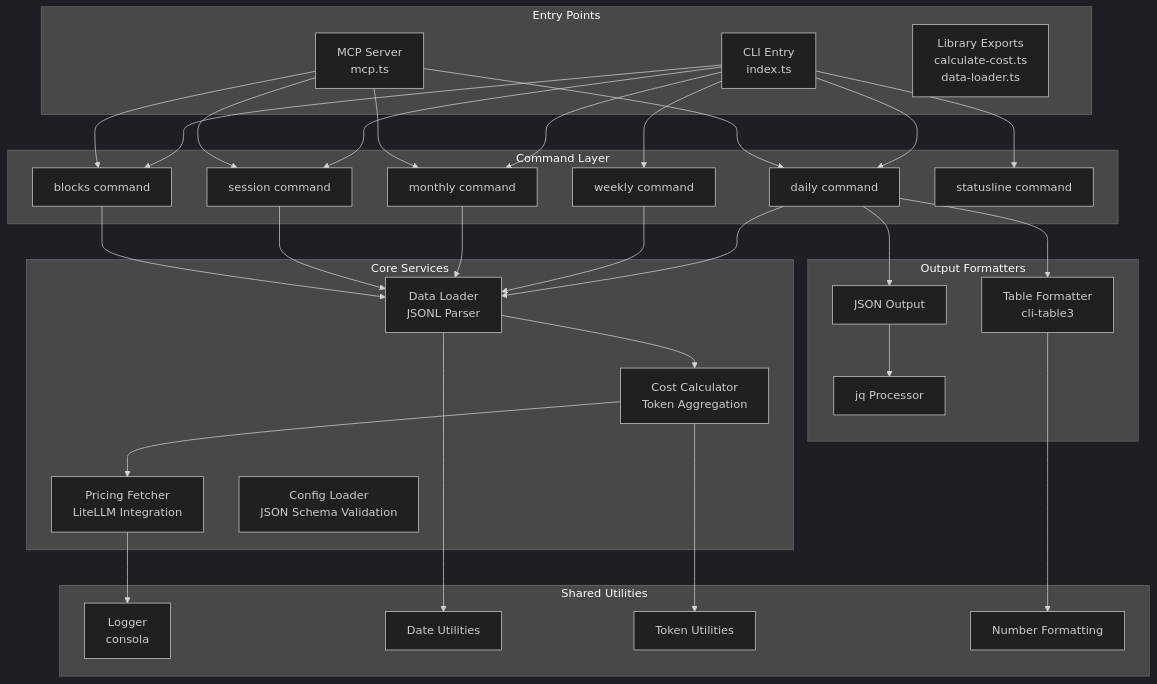
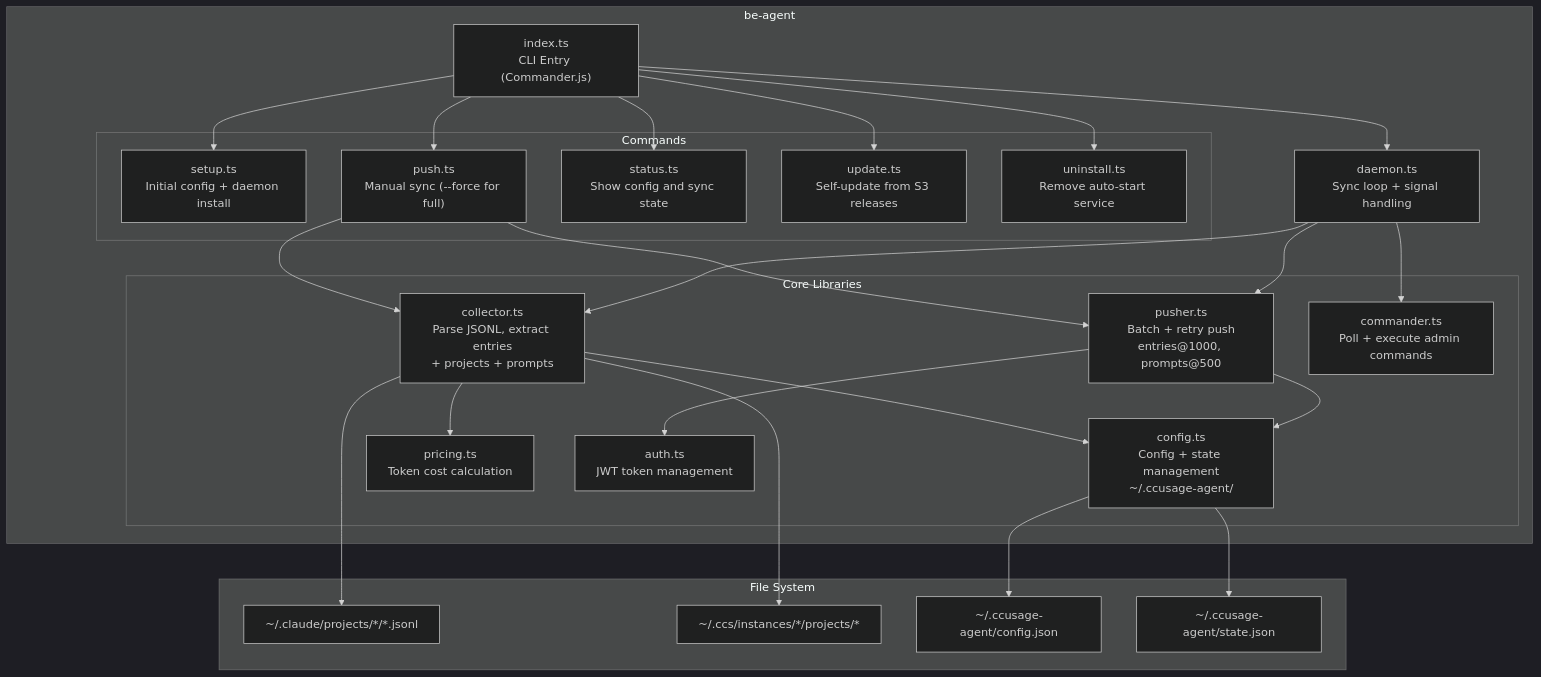
The second of 17 diagrams in docs/architecture.md (nathanp1112/ccusage-monitor), drawn with Mermaid (dark theme) before and after one commit. The commit also changed other lines of this file and 77 other files, not shown here.

````diff
--- a/docs/architecture.md
+++ b/docs/architecture.md
@@ -10,67 +101,55 @@
 ```mermaid
 graph TB
-    subgraph "Entry Points"
-        CLI_ENTRY["CLI Entry<br/>index.ts"]
-        MCP_ENTRY["MCP Server<br/>mcp.ts"]
-        LIB_ENTRY["Library Exports<br/>calculate-cost.ts<br/>data-loader.ts"]
+    subgraph "be-agent"
+        INDEX["index.ts<br/>CLI Entry (Commander.js)"]
+
+        subgraph "Commands"
+            SETUP["setup.ts<br/>Initial config + daemon install"]
+            PUSH["push.ts<br/>Manual sync (--force for full)"]
+            STATUS["status.ts<br/>Show config and sync state"]
+            UPDATE["update.ts<br/>Self-update from S3 releases"]
+            UNINSTALL["uninstall.ts<br/>Remove auto-start service"]
+        end
+
+        subgraph "Core Libraries"
+            COLLECTOR["collector.ts<br/>Parse JSONL, extract entries<br/>+ projects + prompts"]
+            PUSHER["pusher.ts<br/>Batch + retry push<br/>entries@1000, prompts@500"]
+            CONFIG["config.ts<br/>Config + state management<br/>~/.ccusage-agent/"]
+            COMMANDER["commander.ts<br/>Poll + execute admin commands"]
+            PRICING["pricing.ts<br/>Token cost calculation"]
+            AUTH["auth.ts<br/>JWT token management"]
+        end
+
+        DAEMON["daemon.ts<br/>Sync loop + signal handling"]
+
+        INDEX --> SETUP
+        INDEX --> PUSH
+        INDEX --> STATUS
+        INDEX --> UPDATE
+        INDEX --> UNINSTALL
+        INDEX --> DAEMON
+
+        PUSH --> COLLECTOR
+        PUSH --> PUSHER
+        DAEMON --> COLLECTOR
+        DAEMON --> PUSHER
+        DAEMON --> COMMANDER
+
+        COLLECTOR --> CONFIG
+        COLLECTOR --> PRICING
+        PUSHER --> CONFIG
+        PUSHER --> AUTH
     end
 
-    subgraph "Command Layer"
-        DAILY["daily command"]
-        WEEKLY["weekly command"]
-        MONTHLY["monthly command"]
-        SESSION["session command"]
-        BLOCKS["blocks command"]
-        STATUSLINE["statusline command"]
+    subgraph "File System"
+        CLAUDE_DATA["~/.claude/projects/*/*.jsonl"]
+        CCS_DATA["~/.ccs/instances/*/projects/*"]
+        AGENT_CONFIG["~/.ccusage-agent/config.json"]
+        AGENT_STATE["~/.ccusage-agent/state.json"]
     end
 
-    subgraph "Core Services"
-        DATA_LOADER["Data Loader<br/>JSONL Parser"]
-        COST_CALC["Cost Calculator<br/>Token Aggregation"]
-        PRICING["Pricing Fetcher<br/>LiteLLM Integration"]
-        CONFIG["Config Loader<br/>JSON Schema Validation"]
-    end
-
-    subgraph "Output Formatters"
-        TABLE["Table Formatter<br/>cli-table3"]
-        JSON_OUT["JSON Output"]
-        JQ["jq Processor"]
-    end
-
-    subgraph "Shared Utilities"
-        LOGGER["Logger<br/>consola"]
-        DATE_UTILS["Date Utilities"]
-        TOKEN_UTILS["Token Utilities"]
-        FORMAT["Number Formatting"]
-    end
-
-    CLI_ENTRY --> DAILY
-    CLI_ENTRY --> WEEKLY
-    CLI_ENTRY --> MONTHLY
-    CLI_ENTRY --> SESSION
-    CLI_ENTRY --> BLOCKS
-    CLI_ENTRY --> STATUSLINE
-
-    MCP_ENTRY --> DAILY
-    MCP_ENTRY --> MONTHLY
-    MCP_ENTRY --> SESSION
-    MCP_ENTRY --> BLOCKS
-
-    DAILY --> DATA_LOADER
-    WEEKLY --> DATA_LOADER
-    MONTHLY --> DATA_LOADER
-    SESSION --> DATA_LOADER
-    BLOCKS --> DATA_LOADER
-
-    DATA_LOADER --> COST_CALC
-    COST_CALC --> PRICING
-
-    DAILY --> TABLE
-    DAILY --> JSON_OUT
-    JSON_OUT --> JQ
-
-    DATA_LOADER --> DATE_UTILS
-    COST_CALC --> TOKEN_UTILS
-    PRICING --> LOGGER
-    TABLE --> FORMAT
+    COLLECTOR --> CLAUDE_DATA
+    COLLECTOR --> CCS_DATA
+    CONFIG --> AGENT_CONFIG
+    CONFIG --> AGENT_STATE
 ```
````
